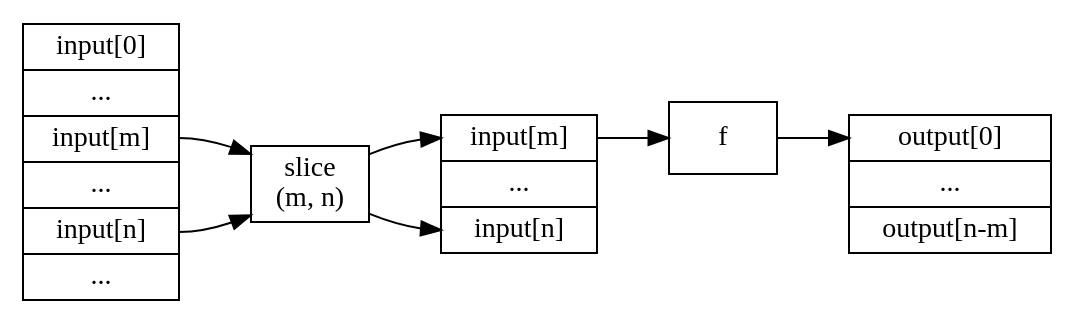
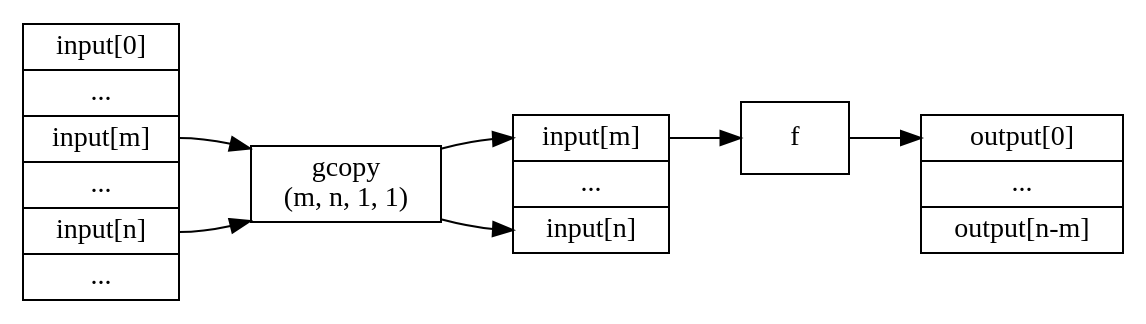
One commit to pysuxing/master-thesis changed the diagram in figures/vp-reorder-2.dot. Above: the diagram before and after it, drawn with Graphviz. The commit also changed 15 other files, not shown here.

```diff
--- a/figures/vp-reorder-2.dot
+++ b/figures/vp-reorder-2.dot
@@ -1,18 +1,18 @@
 digraph g {
         rankdir=LR;
 
         node[shape=record];
 
         input[shape=record, label="input[0] | ... | <p0> input[m] | ... | <p1> input[n] | ..."];
-        slice[label="slice\n(m, n)"];
+        gcopy[label="gcopy\n(m, n, 1, 1)"];
         temp[shape=record, label="<p0> input[m] | ... | <p1> input[n]"];
         map[label="f"];
         output[shape=record, label="<p0> output[0] | ... | output[n-m]"];
 
-        input:p0 -> slice;
-        input:p1 -> slice;
-        slice -> temp:p0;
-        slice -> temp:p1;
+        input:p0 -> gcopy;
+        input:p1 -> gcopy;
+        gcopy -> temp:p0;
+        gcopy -> temp:p1;
         temp:p0 -> map;
         map -> output:p0;
 }
```
